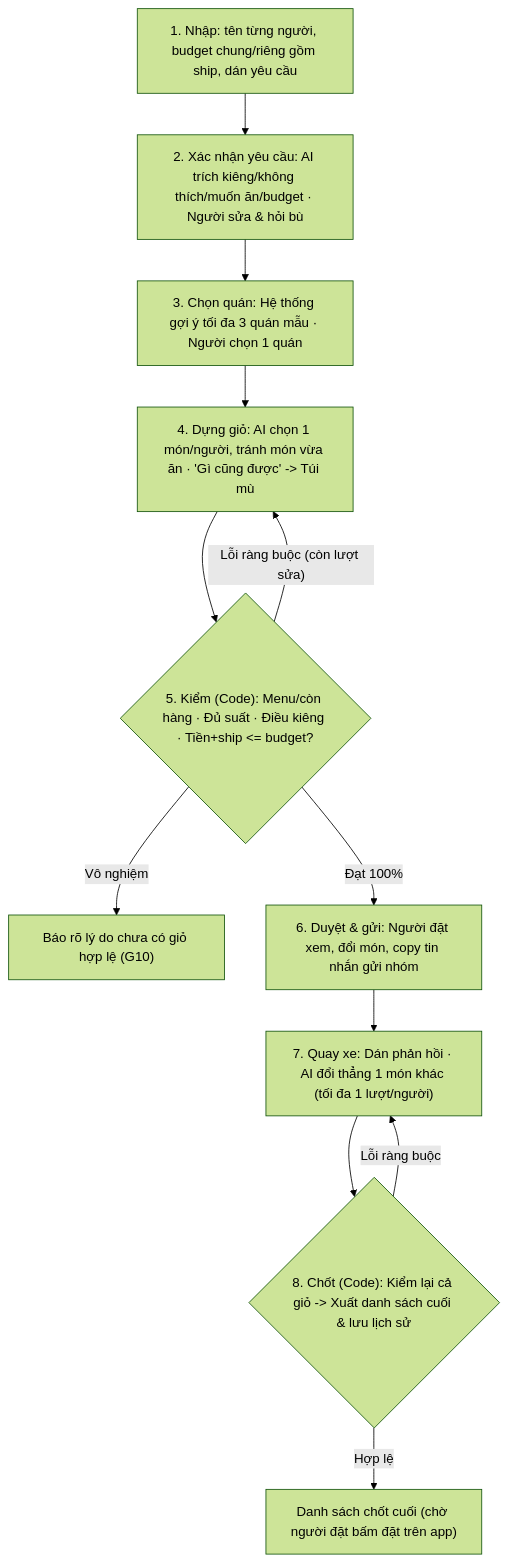
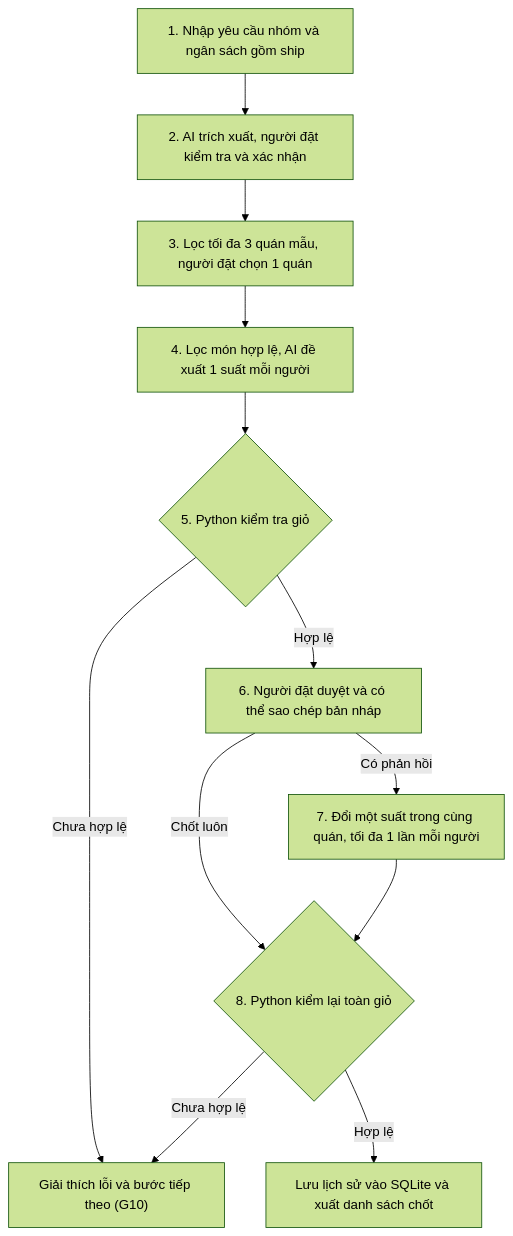
Before and after one commit to TDM414/K5-Day15-L3B-Opus: the diagram in spec.md, drawn with Mermaid (forest theme). The commit also changed other lines of this file and 18 other files, not shown here.

````diff
--- a/spec.md
+++ b/spec.md
@@ -54,14 +51,14 @@
 ```mermaid
 flowchart TD
-    S1["1. Nhập: tên từng người, budget chung/riêng gồm ship, dán yêu cầu"] --> S2["2. Xác nhận yêu cầu: AI trích kiêng/không thích/muốn ăn/budget · Người sửa & hỏi bù"]
-    S2 --> S3["3. Chọn quán: Hệ thống gợi ý tối đa 3 quán mẫu · Người chọn 1 quán"]
-    S3 --> S4["4. Dựng giỏ: AI chọn 1 món/người, tránh món vừa ăn · 'Gì cũng được' -> Túi mù"]
-    S4 --> S5{"5. Kiểm (Code): Menu/còn hàng · Đủ suất · Điều kiêng · Tiền+ship <= budget?"}
-    S5 -- "Lỗi ràng buộc (còn lượt sửa)" --> S4
-    S5 -- "Vô nghiệm" --> G10["Báo rõ lý do chưa có giỏ hợp lệ (G10)"]
-    S5 -- "Đạt 100%" --> S6["6. Duyệt & gửi: Người đặt xem, đổi món, copy tin nhắn gửi nhóm"]
-    S6 --> S7["7. Quay xe: Dán phản hồi · AI đổi thẳng 1 món khác (tối đa 1 lượt/người)"]
-    S7 --> S8{"8. Chốt (Code): Kiểm lại cả giỏ -> Xuất danh sách cuối & lưu lịch sử"}
-    S8 -- "Lỗi ràng buộc" --> S7
-    S8 -- "Hợp lệ" --> DONE["Danh sách chốt cuối (chờ người đặt bấm đặt trên app)"]
+    S1["1. Nhập yêu cầu nhóm và ngân sách gồm ship"] --> S2["2. AI trích xuất, người đặt kiểm tra và xác nhận"]
+    S2 --> S3["3. Lọc tối đa 3 quán mẫu, người đặt chọn 1 quán"]
+    S3 --> S4["4. Lọc món hợp lệ, AI đề xuất 1 suất mỗi người"]
+    S4 --> S5{"5. Python kiểm tra giỏ"}
+    S5 -- "Chưa hợp lệ" --> FAIL["Giải thích lỗi và bước tiếp theo (G10)"]
+    S5 -- "Hợp lệ" --> S6["6. Người đặt duyệt và có thể sao chép bản nháp"]
+    S6 -- "Có phản hồi" --> S7["7. Đổi một suất trong cùng quán, tối đa 1 lần mỗi người"]
+    S6 -- "Chốt luôn" --> S8{"8. Python kiểm lại toàn giỏ"}
+    S7 --> S8
+    S8 -- "Chưa hợp lệ" --> FAIL
+    S8 -- "Hợp lệ" --> DONE["Lưu lịch sử vào SQLite và xuất danh sách chốt"]
 ```
````
